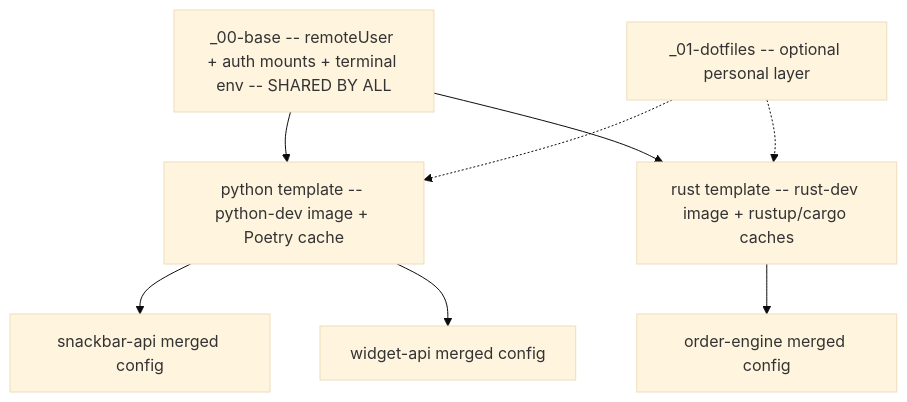
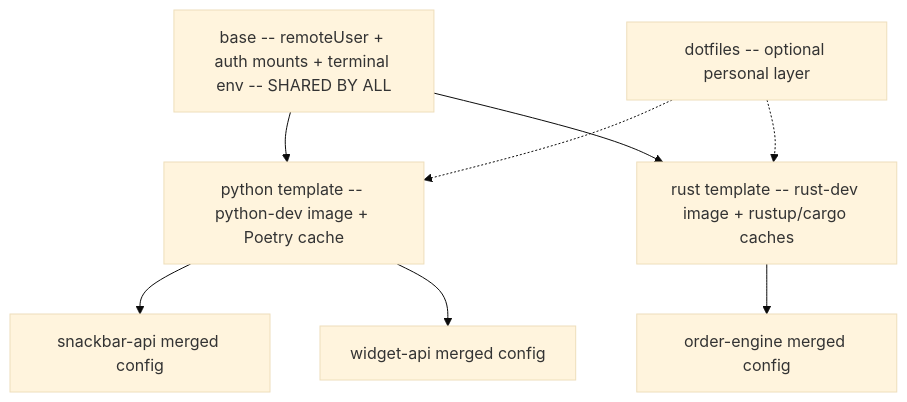
Before and after one commit to gubasso/devcontainerctl: the third of 4 diagrams in docs/WORKFLOW-COMPARISON.md, drawn with Mermaid (base theme). The commit also changed other lines of this file and 25 other files, not shown here.

````diff
--- a/docs/WORKFLOW-COMPARISON.md
+++ b/docs/WORKFLOW-COMPARISON.md
@@ -418,16 +418,16 @@
 ```mermaid
 graph TD
-  BASE["_00-base -- remoteUser + auth mounts + terminal env -- SHARED BY ALL"]
-  DOT["_01-dotfiles -- optional personal layer"]
+  BASE["base -- remoteUser + auth mounts + terminal env -- SHARED BY ALL"]
+  DOT["dotfiles -- optional personal layer"]
   PY["python template -- python-dev image + Poetry cache"]
   RS["rust template -- rust-dev image + rustup/cargo caches"]
 
   BASE --> PY
   BASE --> RS
   DOT -.-> PY
   DOT -.-> RS
 
   PY --> S["snackbar-api merged config"]
   PY --> W["widget-api merged config"]
   RS --> O["order-engine merged config"]
 ```
````
